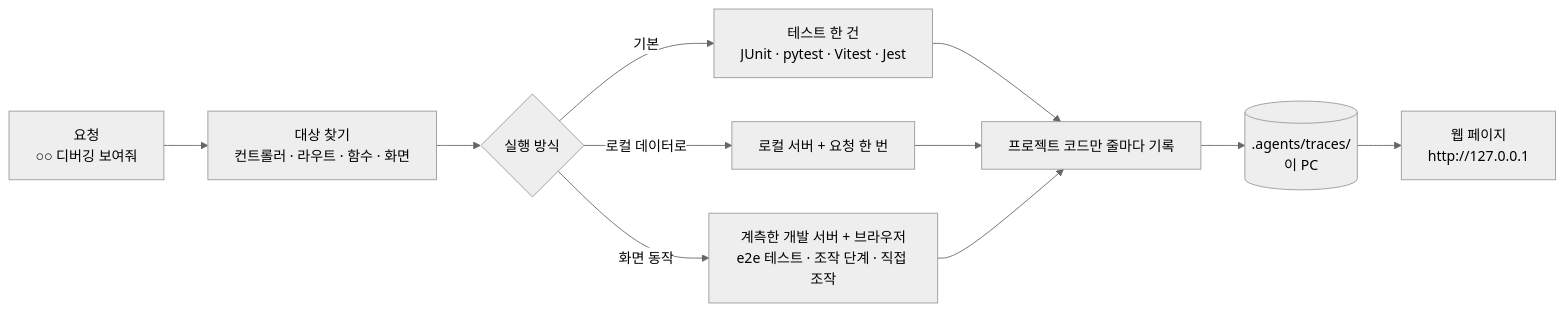
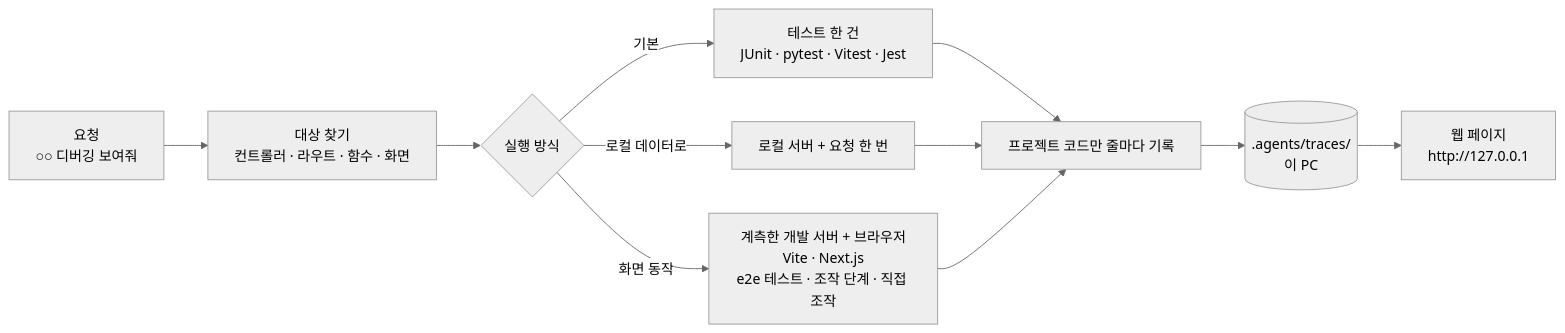
Before and after one commit to evrenjo/kedovi: the diagram in docs/trace.md, drawn with Mermaid (neutral theme). The commit also changed other lines of this file and 82 other files, not shown here.

````diff
--- a/docs/trace.md
+++ b/docs/trace.md
@@ -25,13 +25,13 @@
 ```mermaid
 flowchart LR
   A["요청<br/>○○ 디버깅 보여줘"] --> B["대상 찾기<br/>컨트롤러 · 라우트 · 함수 · 화면"]
   B --> C{"실행 방식"}
   C -->|"기본"| D["테스트 한 건<br/>JUnit · pytest · Vitest · Jest"]
   C -->|"로컬 데이터로"| E["로컬 서버 + 요청 한 번"]
-  C -->|"화면 동작"| W["계측한 개발 서버 + 브라우저<br/>e2e 테스트 · 조작 단계 · 직접 조작"]
+  C -->|"화면 동작"| W["계측한 개발 서버 + 브라우저<br/>Vite · Next.js<br/>e2e 테스트 · 조작 단계 · 직접 조작"]
   D --> F["프로젝트 코드만 줄마다 기록"]
   E --> F
   W --> F
   F --> G[(".agents/traces/<br/>이 PC")]
   G --> H["웹 페이지<br/>http://127.0.0.1"]
 ```
````
